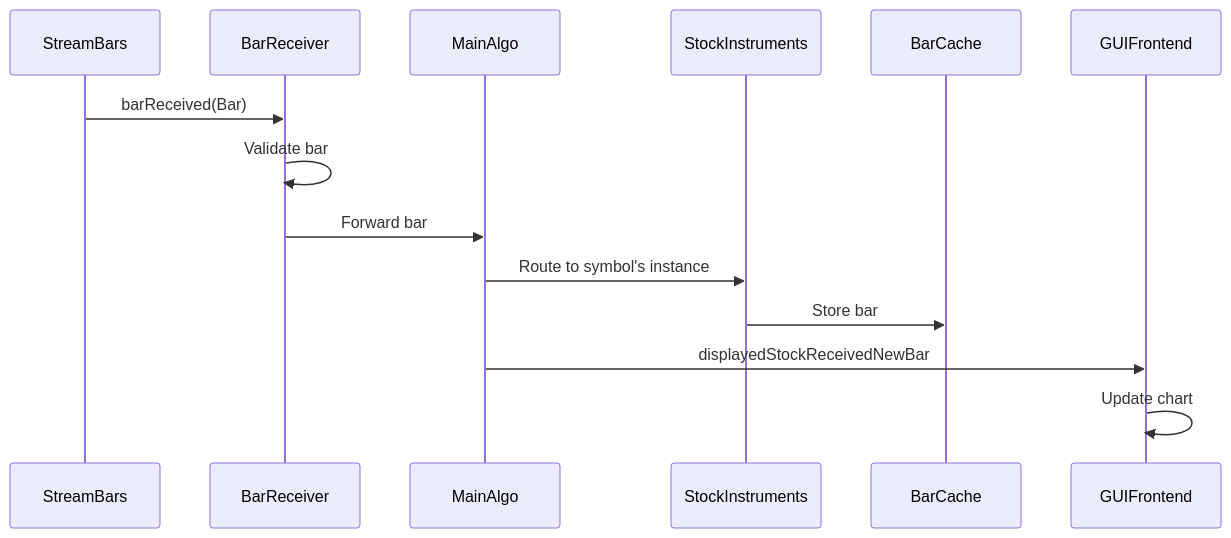
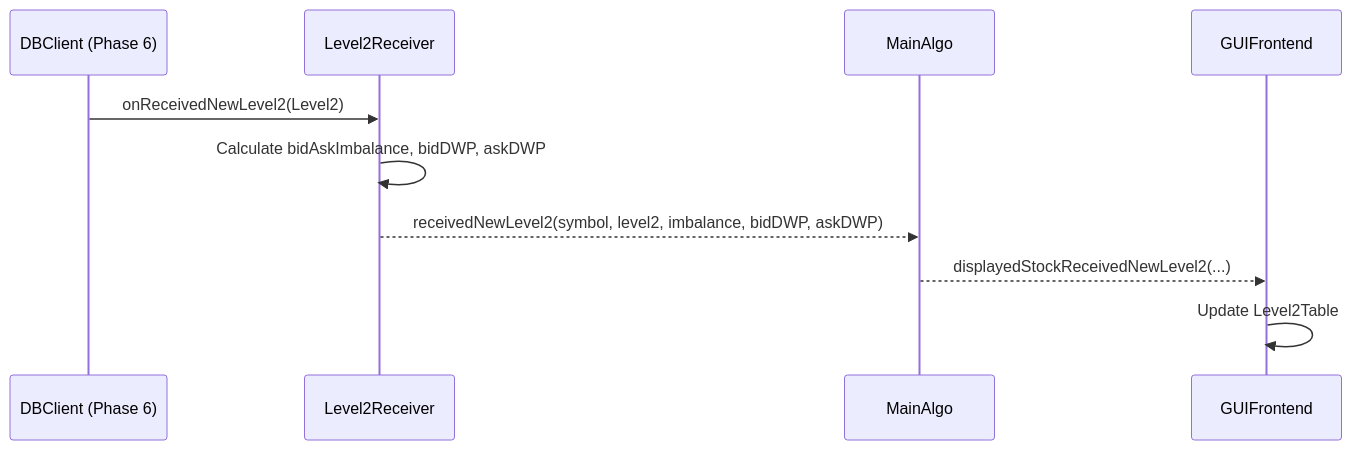
Before and after one commit to simonbeaudoin0935/OpenTraderPlatform: the first of 3 diagrams in Src/Algo/AGENTS.md, drawn with Mermaid. The commit also changed other lines of this file and 16 other files, not shown here.

````diff
--- a/Src/Algo/AGENTS.md
+++ b/Src/Algo/AGENTS.md
@@ -340,17 +377,13 @@
 ```mermaid
 sequenceDiagram
-    participant Stream as StreamBars
-    participant Receiver as BarReceiver
+    participant DBClient as DBClient (Phase 6)
+    participant L2R as Level2Receiver
     participant MainAlgo
-    participant StockInstruments
-    participant BarCache
     participant Frontend as GUIFrontend
 
-    Stream->>Receiver: barReceived(Bar)
-    Receiver->>Receiver: Validate bar
-    Receiver->>MainAlgo: Forward bar
-    MainAlgo->>StockInstruments: Route to symbol's instance
-    StockInstruments->>BarCache: Store bar
-    MainAlgo->>Frontend: displayedStockReceivedNewBar
-    Frontend->>Frontend: Update chart
+    DBClient->>L2R: onReceivedNewLevel2(Level2)
+    L2R->>L2R: Calculate bidAskImbalance, bidDWP, askDWP
+    L2R-->>MainAlgo: receivedNewLevel2(symbol, level2, imbalance, bidDWP, askDWP)
+    MainAlgo-->>Frontend: displayedStockReceivedNewLevel2(...)
+    Frontend->>Frontend: Update Level2Table
 ```
````
